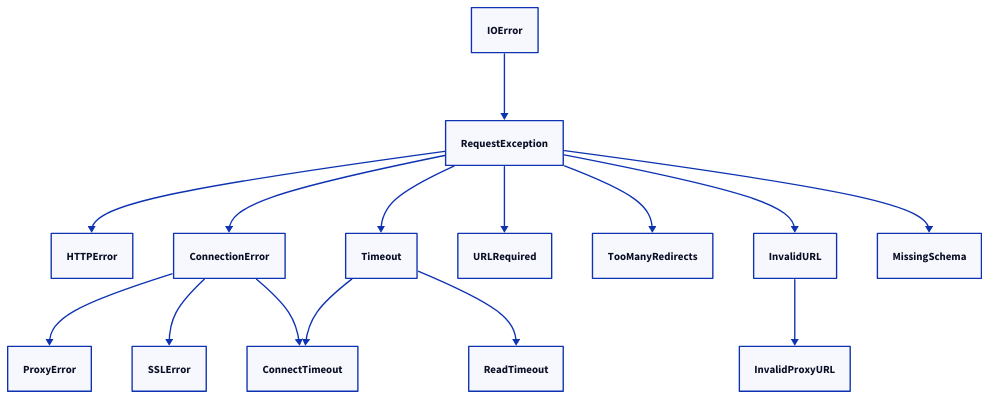
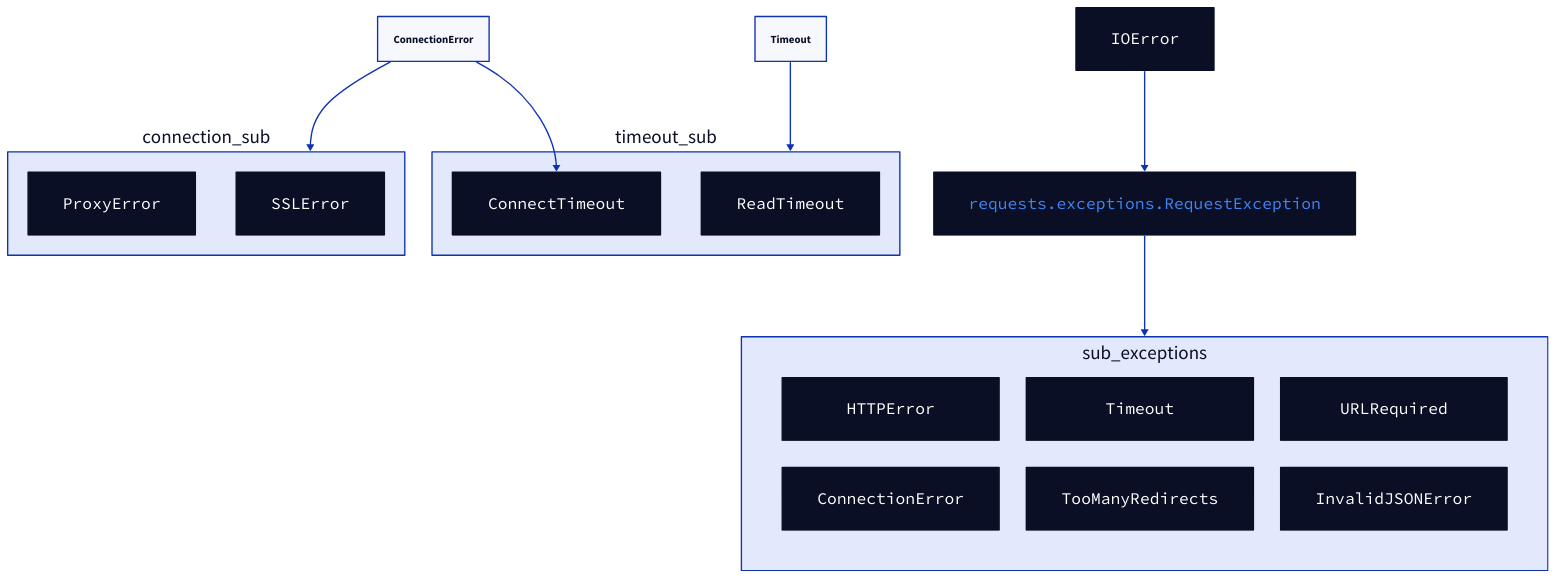
The diagram in .aigne/doc-smith/docs/user-guide-error-handling.md (lban2049/requests), drawn with D2 before and after one commit. The commit also changed other lines of this file and 32 other files, not shown here.

````diff
--- a/.aigne/doc-smith/docs/user-guide-error-handling.md
+++ b/.aigne/doc-smith/docs/user-guide-error-handling.md
@@ -100,24 +11,42 @@
 ```d2
 direction: down
 
-"IOError" -> "RequestException"
+"IOError": {
+  shape: class
+}
 
-"RequestException" -> "HTTPError"
-"RequestException" -> "ConnectionError"
-"RequestException" -> "Timeout"
-"RequestException" -> "URLRequired"
-"RequestException" -> "TooManyRedirects"
-"RequestException" -> "InvalidURL"
-"RequestException" -> "MissingSchema"
+"requests.exceptions.RequestException": {
+  shape: class
+  style {
+    stroke: "#4285F4"
+    stroke-width: 2
+  }
+}
 
-"ConnectionError" -> "ProxyError"
-"ConnectionError" -> "SSLError"
+"IOError" -> "requests.exceptions.RequestException"
 
-"Timeout" -> "ReadTimeout"
+sub_exceptions: {
+  grid-columns: 3
+  "HTTPError": { shape: class }
+  "ConnectionError": { shape: class }
+  "Timeout": { shape: class }
+  "TooManyRedirects": { shape: class }
+  "URLRequired": { shape: class }
+  "InvalidJSONError": { shape: class }
+}
 
-"ConnectTimeout"
-"ConnectionError" -> "ConnectTimeout"
-"Timeout" -> "ConnectTimeout"
+"requests.exceptions.RequestException" -> sub_exceptions
 
-"InvalidURL" -> "InvalidProxyURL"
+connection_sub: {
+  "ProxyError": { shape: class }
+  "SSLError": { shape: class }
+}
+"ConnectionError" -> connection_sub
+
+timeout_sub: {
+  "ConnectTimeout": { shape: class }
+  "ReadTimeout": { shape: class }
+}
+"Timeout" -> timeout_sub
+"ConnectionError" -> timeout_sub.ConnectTimeout
 ```
````
